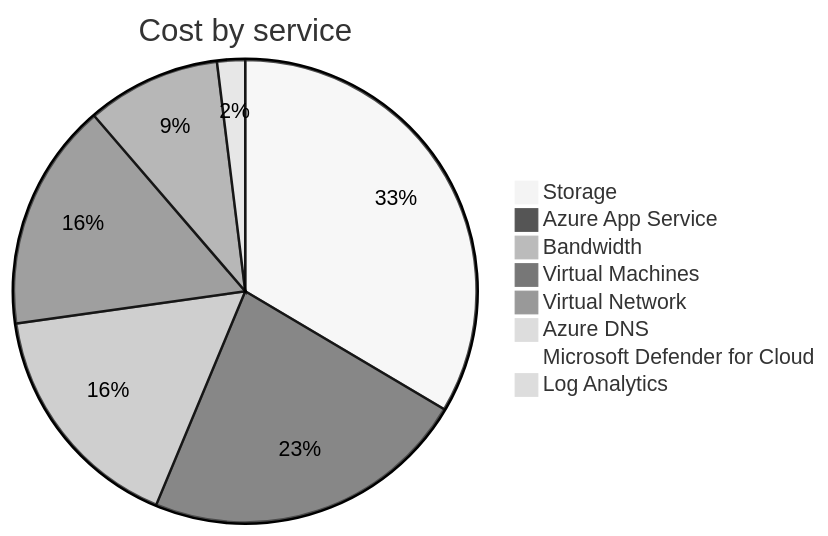
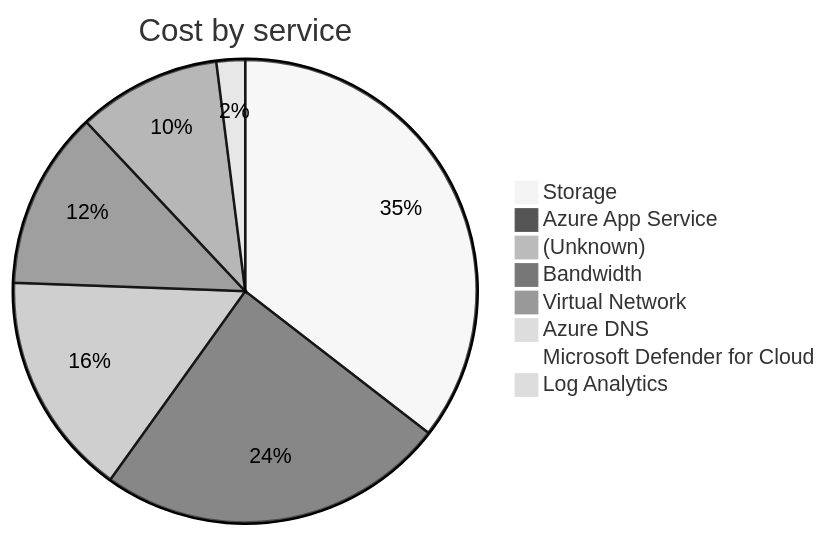
Before and after one commit to jpfulton/azure-personal-reports: the second of 4 diagrams in cost-reports/accumulated-cost.md, drawn with Mermaid (neutral theme). The commit also changed other lines of this file and 4 other files, not shown here.

````diff
--- a/cost-reports/accumulated-cost.md
+++ b/cost-reports/accumulated-cost.md
@@ -102,12 +102,12 @@
 ```mermaid
 pie
    title Cost by service
-   "Storage" : 2.40
-   "Azure App Service" : 1.63
+   "Storage" : 3.37
+   "Azure App Service" : 2.32
+   "(Unknown)" : 1.49
    "Bandwidth" : 1.18
-   "Virtual Machines" : 1.14
-   "Virtual Network" : 0.67
-   "Azure DNS" : 0.14
-   "Microsoft Defender for Cloud" : 0.02
+   "Virtual Network" : 0.95
+   "Azure DNS" : 0.19
+   "Microsoft Defender for Cloud" : 0.03
    "Log Analytics" : 0.00
 ```
````
